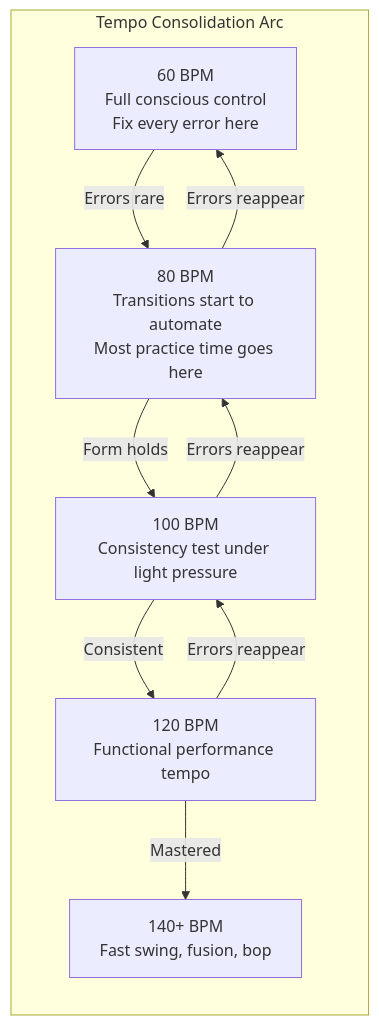
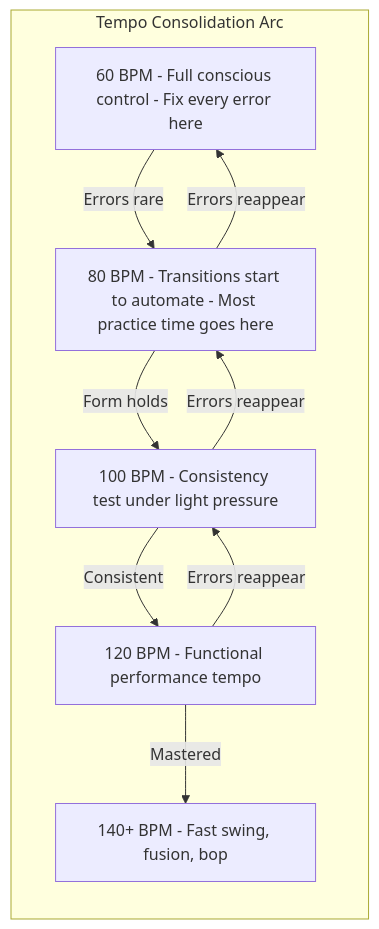
Before and after one commit to blebleblee/synapse: the fifth of 5 diagrams in topics/arts/music_performance/bass_guitar/labs.md, drawn with Mermaid. The commit also changed other lines of this file and 1464 other files, not shown here.

Commit message:
feat(release): curriculum vector mermaid upgrade, render hardening, and master synpack

````diff
--- a/topics/arts/music_performance/bass_guitar/labs.md
+++ b/topics/arts/music_performance/bass_guitar/labs.md
@@ -610,18 +610,18 @@
 ```mermaid
 graph LR
     subgraph sub_tempo ["Tempo Consolidation Arc"]
-        A["60 BPM\nFull conscious control\nFix every error here"]
-        B["80 BPM\nTransitions start to automate\nMost practice time goes here"]
-        C["100 BPM\nConsistency test under light pressure"]
-        D["120 BPM\nFunctional performance tempo"]
-        E["140+ BPM\nFast swing, fusion, bop"]
+        A["60 BPM - Full conscious control - Fix every error here"]
+        B["80 BPM - Transitions start to automate - Most practice time goes here"]
+        C["100 BPM - Consistency test under light pressure"]
+        D["120 BPM - Functional performance tempo"]
+        E["140+ BPM - Fast swing, fusion, bop"]
     end
 
     A -->|"Errors rare"| B
     B -->|"Form holds"| C
     C -->|"Consistent"| D
     D -->|"Mastered"| E
     B -->|"Errors reappear"| A
     C -->|"Errors reappear"| B
     D -->|"Errors reappear"| C
 ```
````
